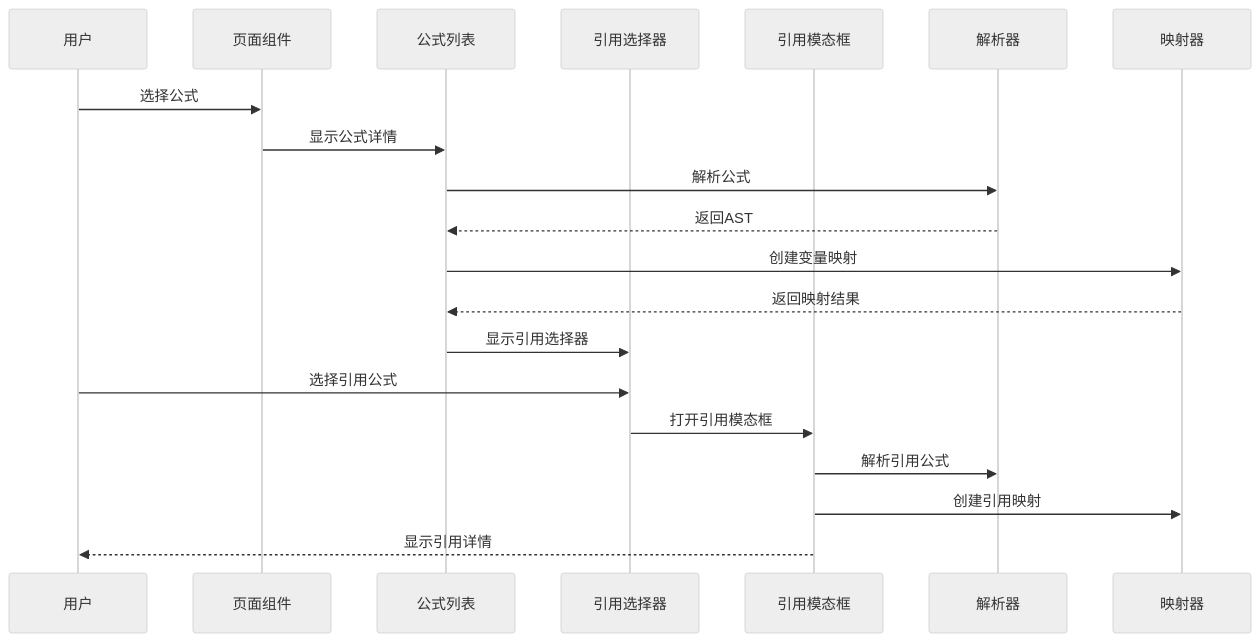
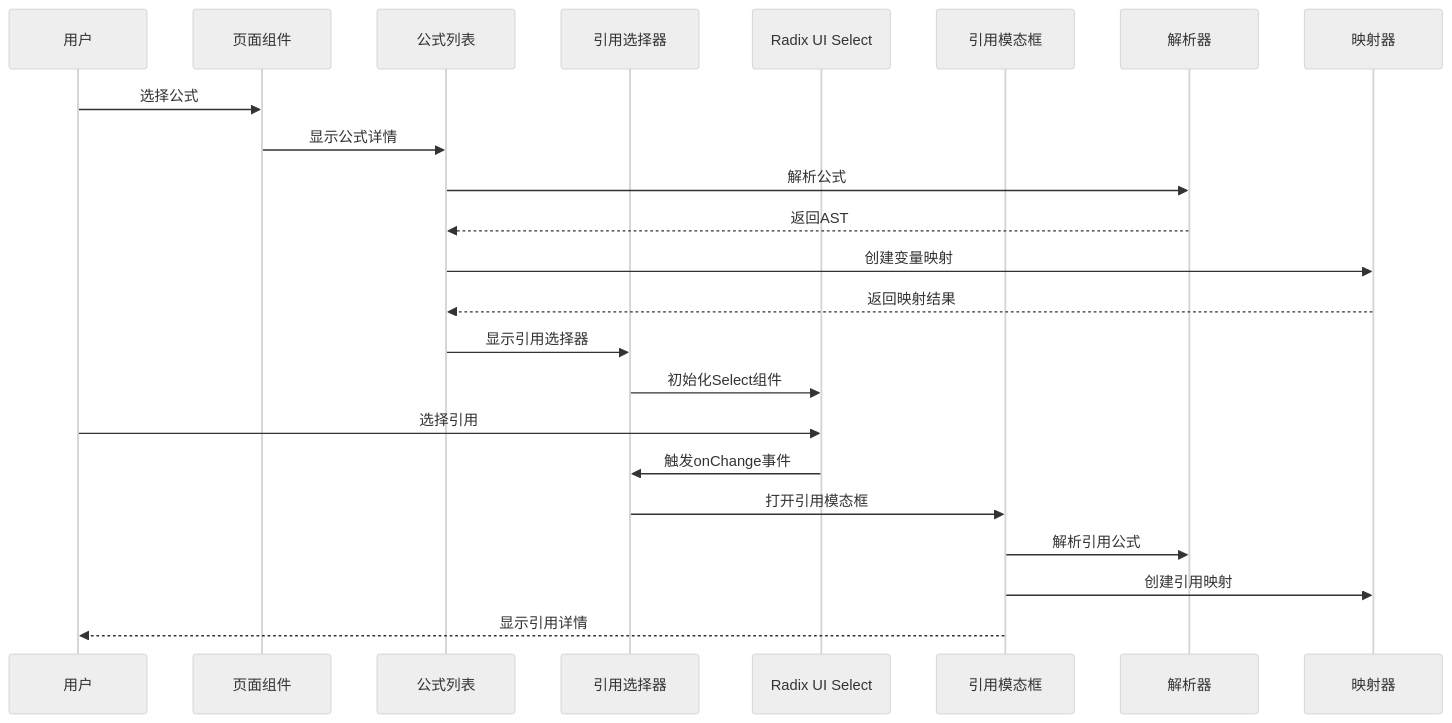
Before and after one commit to steveyu2/formula-mapper: the second of 8 diagrams in .qoder/repowiki/zh/content/用户指南/高级功能/公式引用选择器.md, drawn with Mermaid (neutral theme). The commit also changed other lines of this file and 14 other files, not shown here.

````diff
--- a/.qoder/repowiki/zh/content/用户指南/高级功能/公式引用选择器.md
+++ b/.qoder/repowiki/zh/content/用户指南/高级功能/公式引用选择器.md
@@ -135,22 +152,25 @@
 ```mermaid
 sequenceDiagram
 participant User as 用户
 participant Page as 页面组件
 participant List as 公式列表
 participant Selector as 引用选择器
+participant RadixSelect as Radix UI Select
 participant Modal as 引用模态框
 participant Parser as 解析器
 participant Mapper as 映射器
 User->>Page : 选择公式
 Page->>List : 显示公式详情
 List->>Parser : 解析公式
 Parser-->>List : 返回AST
 List->>Mapper : 创建变量映射
 Mapper-->>List : 返回映射结果
 List->>Selector : 显示引用选择器
-User->>Selector : 选择引用公式
+Selector->>RadixSelect : 初始化Select组件
+User->>RadixSelect : 选择引用
+RadixSelect->>Selector : 触发onChange事件
 Selector->>Modal : 打开引用模态框
 Modal->>Parser : 解析引用公式
 Modal->>Mapper : 创建引用映射
 Modal-->>User : 显示引用详情
 ```
````
